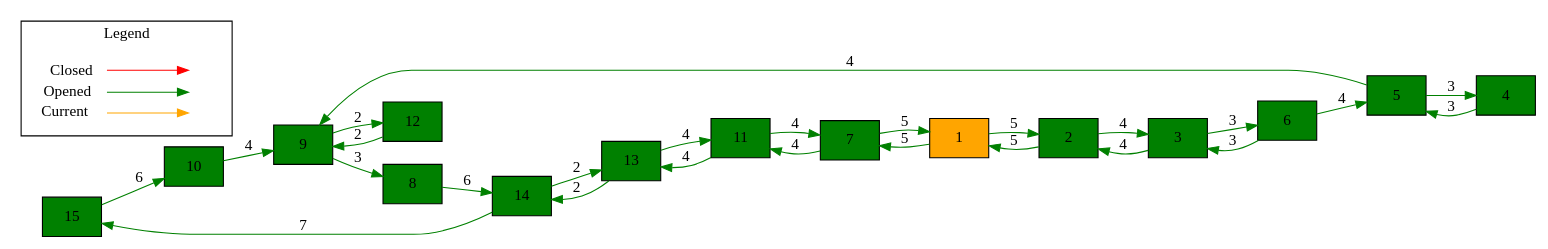
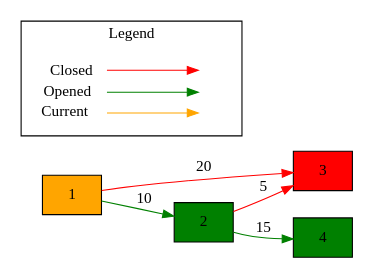
Before and after one commit to MishoMish/CityMap_ProjectSDP: the diagram in cmake-build-debug-coverage/graph.dot, drawn with Graphviz. The commit also changed 294 other files, not shown here.

```diff
--- a/cmake-build-debug-coverage/graph.dot
+++ b/cmake-build-debug-coverage/graph.dot
@@ -1,62 +1,30 @@
 digraph G {
   graph [rankdir=LR];
   node [shape="box", color = "black", style="filled"];
-  "0x60000297c380" [label="15", fillcolor="green"];
-  "0x60000297c380" -> "0x60000297c300" [label="6", color="green"];
-  "0x60000297c300" [label="10", fillcolor="green"];
-  "0x60000297c300" -> "0x60000297c1c0" [label="4", color="green"];
-  "0x60000297c340" [label="13", fillcolor="green"];
-  "0x60000297c340" -> "0x60000297c280" [label="2", color="green"];
-  "0x60000297c340" -> "0x60000297c200" [label="4", color="green"];
-  "0x60000297c2c0" [label="12", fillcolor="green"];
-  "0x60000297c2c0" -> "0x60000297c1c0" [label="2", color="green"];
-  "0x60000297c040" [label="2", fillcolor="green"];
-  "0x60000297c040" -> "0x60000297c0c0" [label="4", color="green"];
-  "0x60000297c040" -> "0x60000297c000" [label="5", color="green"];
-  "0x60000297c1c0" [label="9", fillcolor="green"];
-  "0x60000297c1c0" -> "0x60000297c2c0" [label="2", color="green"];
-  "0x60000297c1c0" -> "0x60000297c240" [label="3", color="green"];
-  "0x60000297c280" [label="14", fillcolor="green"];
-  "0x60000297c280" -> "0x60000297c380" [label="7", color="green"];
-  "0x60000297c280" -> "0x60000297c340" [label="2", color="green"];
-  "0x60000297c240" [label="8", fillcolor="green"];
-  "0x60000297c240" -> "0x60000297c280" [label="6", color="green"];
-  "0x60000297c140" [label="4", fillcolor="green"];
-  "0x60000297c140" -> "0x60000297c180" [label="3", color="green"];
-  "0x60000297c200" [label="11", fillcolor="green"];
-  "0x60000297c200" -> "0x60000297c340" [label="4", color="green"];
-  "0x60000297c200" -> "0x60000297c080" [label="4", color="green"];
-  "0x60000297c100" [label="6", fillcolor="green"];
-  "0x60000297c100" -> "0x60000297c180" [label="4", color="green"];
-  "0x60000297c100" -> "0x60000297c0c0" [label="3", color="green"];
-  "0x60000297c0c0" [label="3", fillcolor="green"];
-  "0x60000297c0c0" -> "0x60000297c100" [label="3", color="green"];
-  "0x60000297c0c0" -> "0x60000297c040" [label="4", color="green"];
-  "0x60000297c000" [label="1", fillcolor="orange"];
-  "0x60000297c000" -> "0x60000297c080" [label="5", color="green"];
-  "0x60000297c000" -> "0x60000297c040" [label="5", color="green"];
-  "0x60000297c180" [label="5", fillcolor="green"];
-  "0x60000297c180" -> "0x60000297c1c0" [label="4", color="green"];
-  "0x60000297c180" -> "0x60000297c140" [label="3", color="green"];
-  "0x60000297c080" [label="7", fillcolor="green"];
-  "0x60000297c080" -> "0x60000297c200" [label="4", color="green"];
-  "0x60000297c080" -> "0x60000297c000" [label="5", color="green"];
+  "0x600002ba82c0" [label="4", fillcolor="green"];
+  "0x600002ba8280" [label="3", fillcolor="red"];
+  "0x600002ba8240" [label="2", fillcolor="green"];
+  "0x600002ba8240" -> "0x600002ba82c0" [label="15", color="green"];
+  "0x600002ba8240" -> "0x600002ba8280" [label="5", color="red"];
+  "0x600002ba8200" [label="1", fillcolor="orange"];
+  "0x600002ba8200" -> "0x600002ba8280" [label="20", color="red"];
+  "0x600002ba8200" -> "0x600002ba8240" [label="10", color="green"];
   rankdir=LR
   node [shape=plaintext]
   subgraph cluster_01 { 
     label = "Legend";
     key [label=<<table border="0" cellpadding="2" cellspacing="0" cellborder="0">
       <tr><td align="right" port="i1">Closed</td></tr>
       <tr><td align="right" port="i2">Opened</td></tr>
       <tr><td align="right" port="i3">Current</td></tr>
       </table>>, color=white]
     key2 [label=<<table border="0" cellpadding="2" cellspacing="0" cellborder="0">
       <tr><td port="i1">&nbsp;</td></tr>
       <tr><td port="i2">&nbsp;</td></tr>
       <tr><td port="i3">&nbsp;</td></tr>
       </table>>, color=white]
     key:i1:e -> key2:i1:w [color=red]
     key:i2:e -> key2:i2:w [color=green]
     key:i3:e -> key2:i3:w [color=orange]
   }
 }
```
